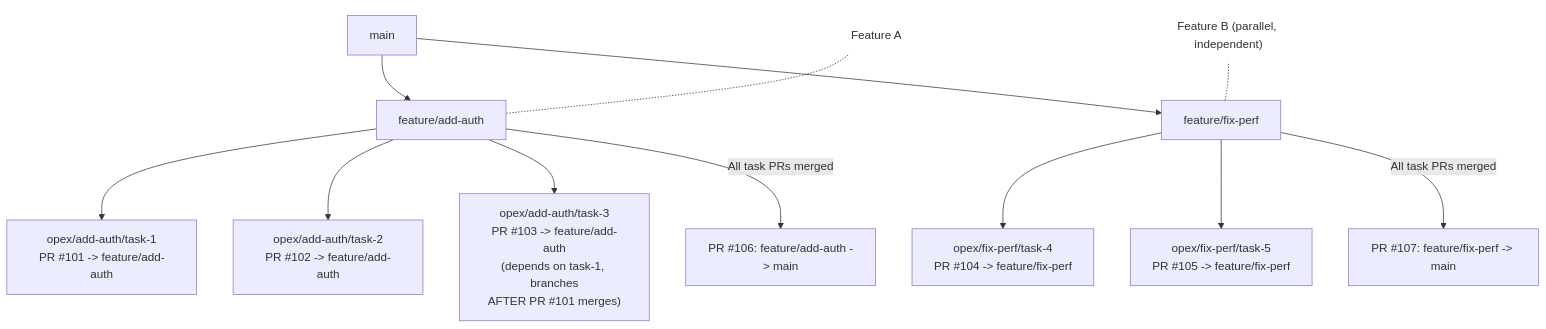
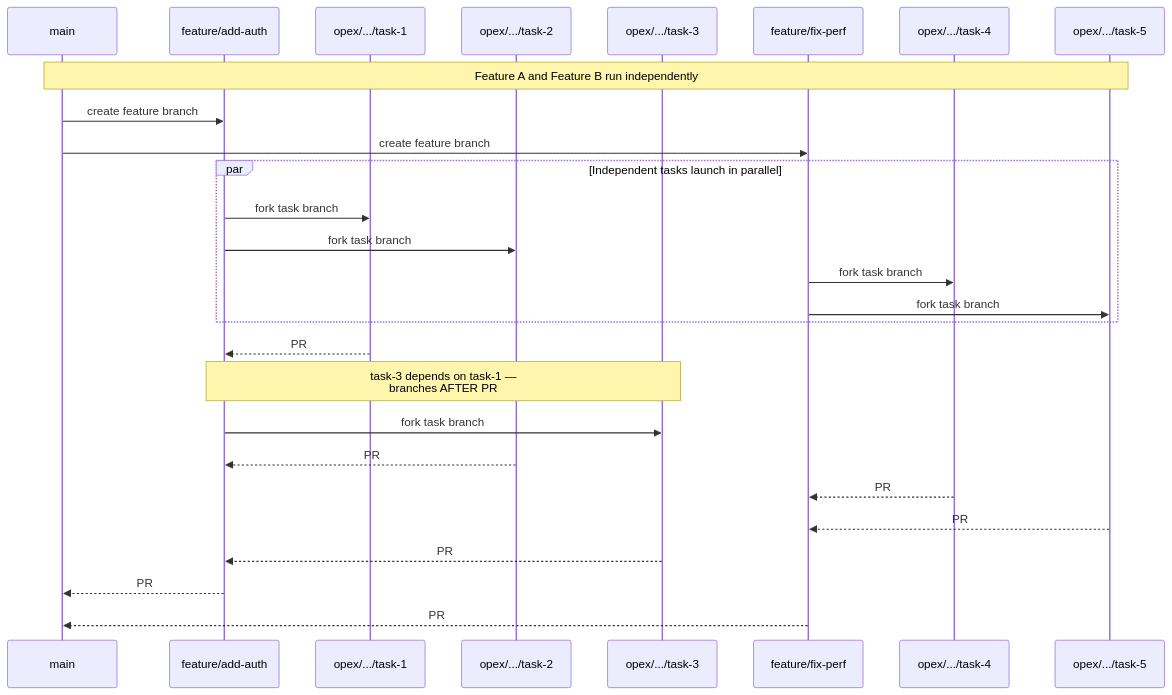
Before and after one commit to 0xc14m1z/opex: the second of 7 diagrams in docs/specs/01-workflow.md, drawn with Mermaid.

Commit message:
docs: replace branching structure flowchart with sequence diagram
Shows temporal ordering of branch forks and merges, making
dependency constraints (task-3 waits for task-1) explicit.

````diff
--- a/docs/specs/01-workflow.md
+++ b/docs/specs/01-workflow.md
@@ -88,23 +88,36 @@
 ```mermaid
-flowchart TD
-    main[main]
+sequenceDiagram
+    participant M as main
+    participant FA as feature/add-auth
+    participant T1 as opex/.../task-1
+    participant T2 as opex/.../task-2
+    participant T3 as opex/.../task-3
+    participant FB as feature/fix-perf
+    participant T4 as opex/.../task-4
+    participant T5 as opex/.../task-5
 
-    main --> FA[feature/add-auth]
-    main --> FB[feature/fix-perf]
+    Note over M,T5: Feature A and Feature B run independently
 
-    FA --> T1["opex/add-auth/task-1\nPR #101 -> feature/add-auth"]
-    FA --> T2["opex/add-auth/task-2\nPR #102 -> feature/add-auth"]
-    FA --> T3["opex/add-auth/task-3\nPR #103 -> feature/add-auth\n(depends on task-1, branches\nAFTER PR #101 merges)"]
+    M->>FA: create feature branch
+    M->>FB: create feature branch
 
-    FB --> T4["opex/fix-perf/task-4\nPR #104 -> feature/fix-perf"]
-    FB --> T5["opex/fix-perf/task-5\nPR #105 -> feature/fix-perf"]
+    par Independent tasks launch in parallel
+        FA->>T1: fork task branch
+        FA->>T2: fork task branch
+        FB->>T4: fork task branch
+        FB->>T5: fork task branch
+    end
 
-    FA -->|"All task PRs merged"| PR106["PR #106: feature/add-auth -> main"]
-    FB -->|"All task PRs merged"| PR107["PR #107: feature/fix-perf -> main"]
+    T1-->>FA: PR #101 merged
 
-    Note1["Feature A"] -.- FA
-    Note2["Feature B (parallel, independent)"] -.- FB
+    Note over FA,T3: task-3 depends on task-1 —<br/>branches AFTER PR #101 merges
+    FA->>T3: fork task branch
 
-    style Note1 fill:none,stroke:none
-    style Note2 fill:none,stroke:none
+    T2-->>FA: PR #102 merged
+    T4-->>FB: PR #104 merged
+    T5-->>FB: PR #105 merged
+    T3-->>FA: PR #103 merged
+
+    FA-->>M: PR #106: feature/add-auth → main
+    FB-->>M: PR #107: feature/fix-perf → main
 ```
````
